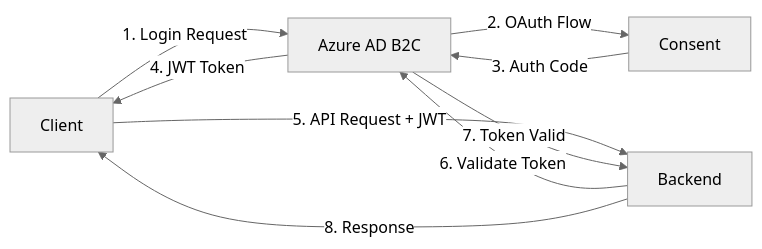
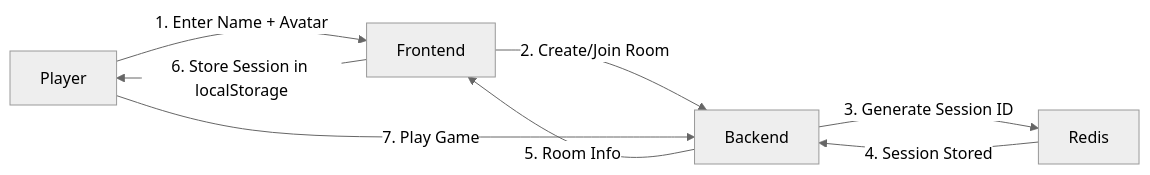
Before and after one commit to balburg/AlexDrikkelek: the fourth of 4 diagrams in docs/wiki/Architecture.md, drawn with Mermaid (neutral theme). The commit also changed other lines of this file and 11 other files, not shown here.

````diff
--- a/docs/wiki/Architecture.md
+++ b/docs/wiki/Architecture.md
@@ -348,11 +350,10 @@
 ```mermaid
 graph LR
-    A[Client] -->|1. Login Request| B[Azure AD B2C]
-    B -->|2. OAuth Flow| C[Consent]
-    C -->|3. Auth Code| B
-    B -->|4. JWT Token| A
-    A -->|5. API Request + JWT| D[Backend]
-    D -->|6. Validate Token| B
-    B -->|7. Token Valid| D
-    D -->|8. Response| A
+    A[Player] -->|1. Enter Name + Avatar| B[Frontend]
+    B -->|2. Create/Join Room| C[Backend]
+    C -->|3. Generate Session ID| D[Redis]
+    D -->|4. Session Stored| C
+    C -->|5. Room Info| B
+    B -->|6. Store Session in localStorage| A
+    A -->|7. Play Game| C
 ```
````
